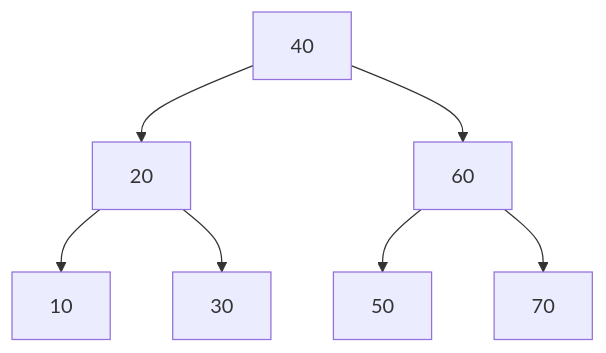
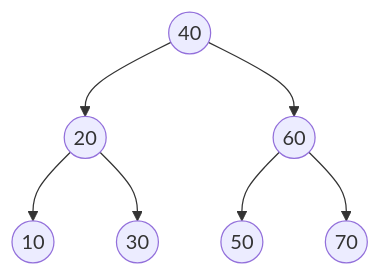
Before and after one commit to imdeepmind/imdeepmind.github.io: the first of 31 diagrams in docs/data-structure-and-algorithms/data-structures/tree/search-tree/self-balancing-bst/red-black.md, drawn with Mermaid. The commit also changed other lines of this file, not shown here.

````diff
--- a/docs/data-structure-and-algorithms/data-structures/tree/search-tree/self-balancing-bst/red-black.md
+++ b/docs/data-structure-and-algorithms/data-structures/tree/search-tree/self-balancing-bst/red-black.md
@@ -32,10 +30,10 @@
 ```mermaid
 graph TD
-    A[40]
-    A --> B[20]
-    A --> C[60]
-    B --> D[10]
-    B --> E[30]
-    C --> F[50]
-    C --> G[70]
+    A((40))
+    A --> B((20))
+    A --> C((60))
+    B --> D((10))
+    B --> E((30))
+    C --> F((50))
+    C --> G((70))
 ```
````
